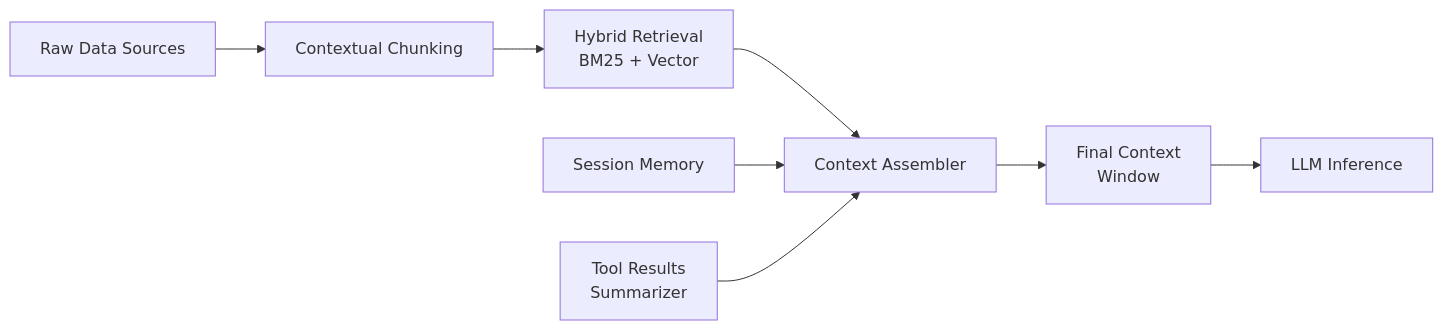
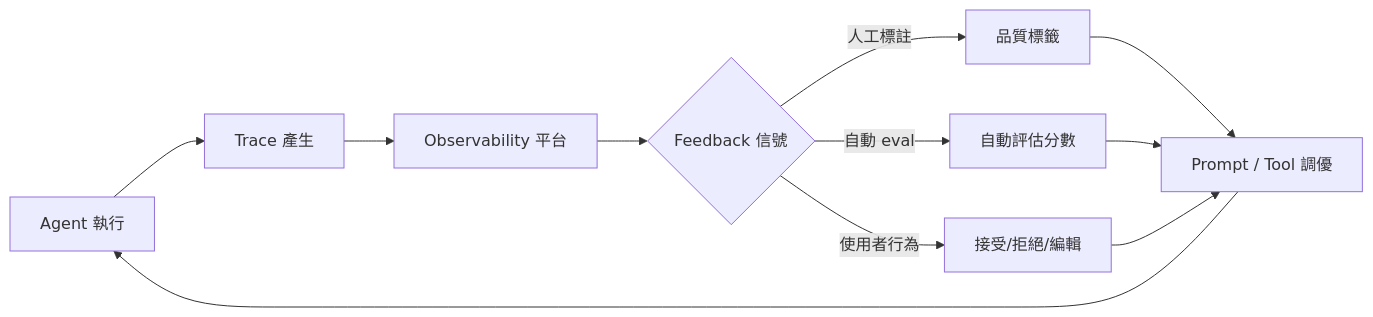
Before and after one commit to livia-hsieh/ai-intel-harness: diagram 19 of 23 in digests/2026-W19.md, drawn with Mermaid. The commit also changed other lines of this file and 1 other file, not shown here.

````diff
--- a/digests/2026-W19.md
+++ b/digests/2026-W19.md
@@ -697,10 +819,13 @@
 ```mermaid
 flowchart LR
-    A[Raw Data Sources] --> B[Contextual Chunking]
-    B --> C[Hybrid Retrieval<br/>BM25 + Vector]
-    C --> D[Context Assembler]
-    E[Session Memory] --> D
-    F[Tool Results<br/>Summarizer] --> D
-    D --> G[Final Context<br/>Window]
-    G --> H[LLM Inference]
+    A[Agent 執行] --> B[Trace 產生]
+    B --> C[Observability 平台]
+    C --> D{Feedback 信號}
+    D -->|人工標註| E[品質標籤]
+    D -->|自動 eval| F[自動評估分數]
+    D -->|使用者行為| G[接受/拒絕/編輯]
+    E --> H[Prompt / Tool 調優]
+    F --> H
+    G --> H
+    H --> A
 ```
````
